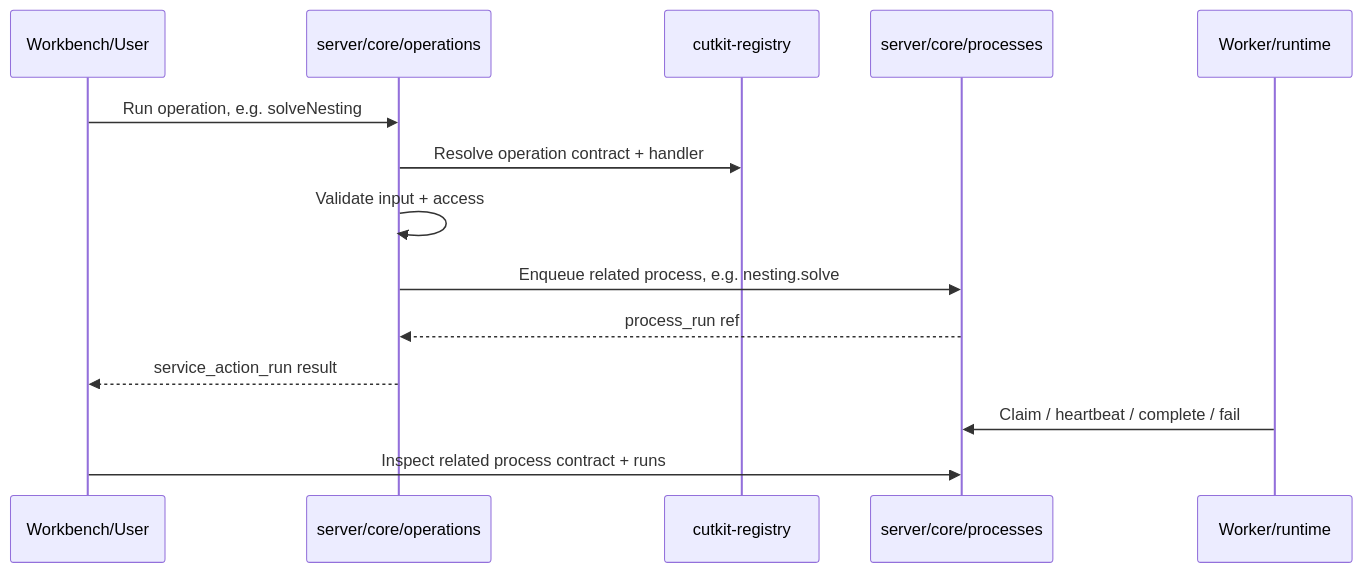
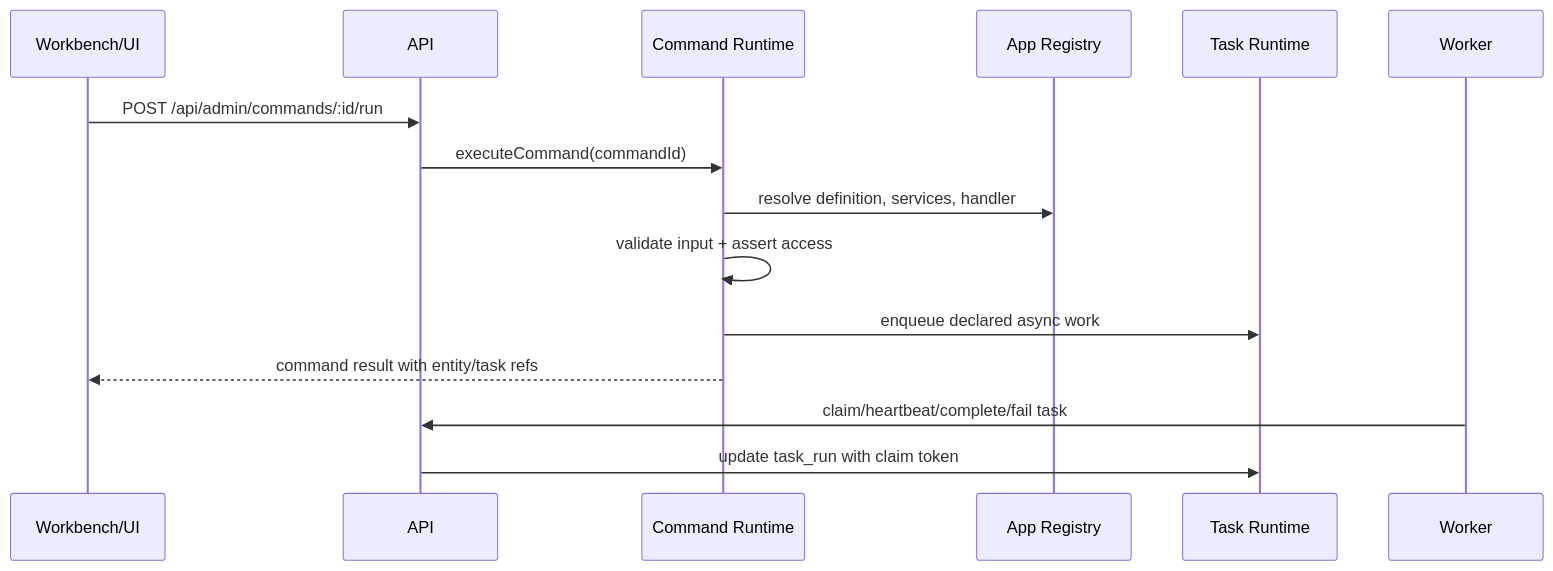
Before and after one commit to Perigram/perigram: the second of 2 diagrams in docs/SYSTEM_ARCHITECTURE.md, drawn with Mermaid. The commit also changed other lines of this file and 28 other files, not shown here.

Commit message:
neo: document command task architecture

````diff
--- a/docs/SYSTEM_ARCHITECTURE.md
+++ b/docs/SYSTEM_ARCHITECTURE.md
@@ -134,17 +101,18 @@
 ```mermaid
 sequenceDiagram
-  participant User as Workbench/User
-  participant Ops as server/core/operations
-  participant Registry as cutkit-registry
-  participant Proc as server/core/processes
-  participant Worker as Worker/runtime
+  participant UI as Workbench/UI
+  participant API
+  participant Cmd as Command Runtime
+  participant Reg as App Registry
+  participant Task as Task Runtime
+  participant Worker
 
-  User->>Ops: Run operation, e.g. solveNesting
-  Ops->>Registry: Resolve operation contract + handler
-  Ops->>Ops: Validate input + access
-  Ops->>Proc: Enqueue related process, e.g. nesting.solve
-  Proc-->>Ops: process_run ref
-  Ops-->>User: service_action_run result
-  Worker->>Proc: Claim / heartbeat / complete / fail
-  User->>Proc: Inspect related process contract + runs
+  UI->>API: POST /api/admin/commands/:id/run
+  API->>Cmd: executeCommand(commandId)
+  Cmd->>Reg: resolve definition, services, handler
+  Cmd->>Cmd: validate input + assert access
+  Cmd->>Task: enqueue declared async work
+  Cmd-->>UI: command result with entity/task refs
+  Worker->>API: claim/heartbeat/complete/fail task
+  API->>Task: update task_run with claim token
 ```
````
